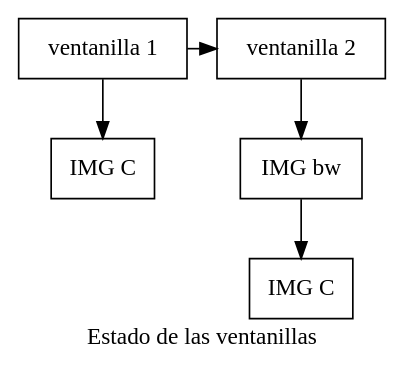
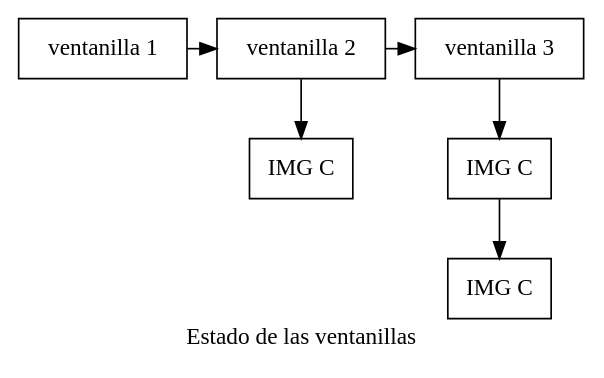
Before and after one commit to Kelly901/EDD_PROYECTO_FASE1_201900716: the diagram in [EDD]PROYECTO_FASE1_201900716/Proyecto1_Edd/ventanilla.dot, drawn with Graphviz. The commit also changed 23 other files, not shown here.

```diff
--- a/[EDD]PROYECTO_FASE1_201900716/Proyecto1_Edd/ventanilla.dot
+++ b/[EDD]PROYECTO_FASE1_201900716/Proyecto1_Edd/ventanilla.dot
@@ -1,16 +1,18 @@
 digraph G{
 label="Estado de las ventanillas";
 node[shape=box];
-nV149928006[label="ventanilla 1"];
-nP168423058[label="IMG C"];
-nV713338599[label="ventanilla 2"];
-nP821270929[label="IMG bw"];
-nP1160460865[label="IMG C"];
+nV1706377736[label="ventanilla 1"];
+nV468121027[label="ventanilla 2"];
+nP951007336[label="IMG C"];
+nV1804094807[label="ventanilla 3"];
+nP2001049719[label="IMG C"];
+nP1528902577[label="IMG C"];
 
-nV149928006->nV713338599;
-nV149928006->nP168423058;
-nV713338599->nP821270929;
-nP821270929->nP1160460865;
+nV1706377736->nV468121027;
+nV468121027->nV1804094807;
+nV468121027->nP951007336;
+nV1804094807->nP2001049719;
+nP2001049719->nP1528902577;
 
-{rank=same;nV149928006;nV713338599;}
+{rank=same;nV1706377736;nV468121027;nV1804094807;}
 }
```
